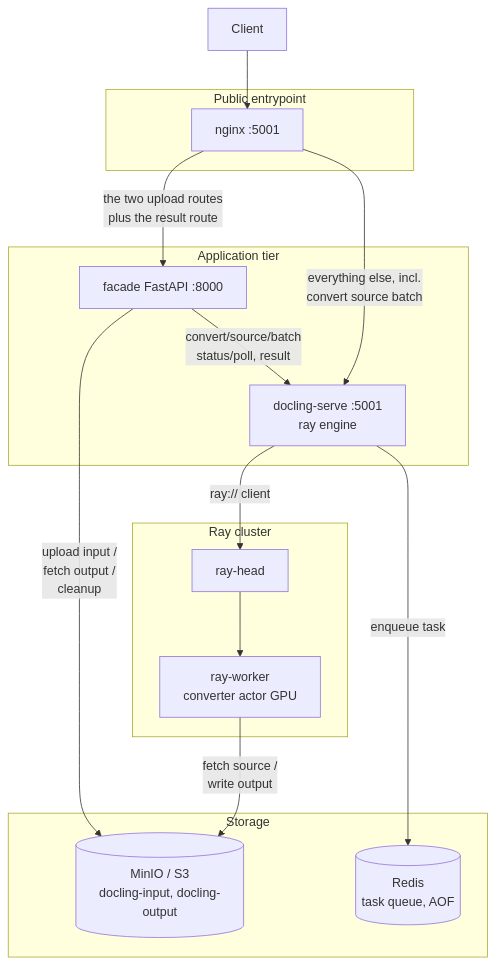
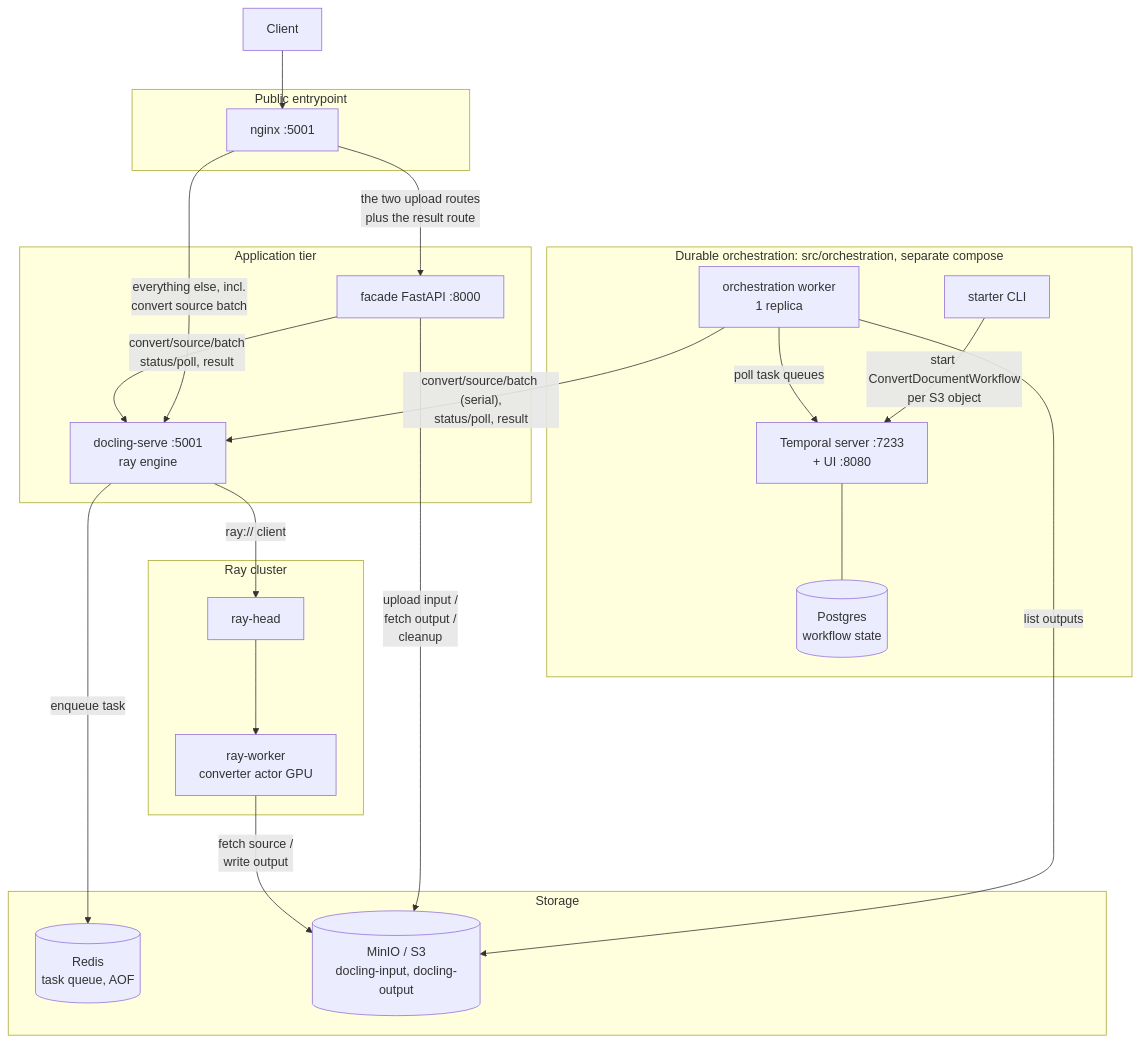
One commit to k-sparrow/docling-serve-ray changed the first of 3 diagrams in docs/ARCHITECTURE.md. Above: the diagram before and after it, drawn with Mermaid. The commit also changed other lines of this file and 31 other files, not shown here.

````diff
--- a/docs/ARCHITECTURE.md
+++ b/docs/ARCHITECTURE.md
@@ -90,35 +90,48 @@
 ```mermaid
 flowchart TB
     client["Client"]
 
     subgraph edge[Public entrypoint]
         nginx["nginx :5001"]
     end
 
     subgraph app[Application tier]
         facade["facade FastAPI :8000"]
         docling["docling-serve :5001<br/>ray engine"]
     end
 
     subgraph cluster[Ray cluster]
         rayhead["ray-head"]
         rayworker["ray-worker<br/>converter actor GPU"]
     end
 
     subgraph storage[Storage]
         redis[("Redis<br/>task queue, AOF")]
         minio[("MinIO / S3<br/>docling-input, docling-output")]
     end
 
+    subgraph orch[Durable orchestration: src/orchestration, separate compose]
+        starter["starter CLI"]
+        temporal["Temporal server :7233<br/>+ UI :8080"]
+        pg[("Postgres<br/>workflow state")]
+        worker["orchestration worker<br/>1 replica"]
+    end
+
+    starter -- "start ConvertDocumentWorkflow<br/>per S3 object" --> temporal
+    temporal --- pg
+    worker -- "poll task queues" --> temporal
+    worker -- "convert/source/batch (serial),<br/>status/poll, result" --> docling
+    worker -- "list outputs" --> minio
+
     client --> nginx
     nginx -- "the two upload routes<br/>plus the result route" --> facade
     nginx -- "everything else, incl.<br/>convert source batch" --> docling
 
     facade -- "upload input /<br/>fetch output /<br/>cleanup" --> minio
     facade -- "convert/source/batch<br/>status/poll, result" --> docling
 
     docling -- "ray:// client" --> rayhead
     rayhead --> rayworker
     docling -- "enqueue task" --> redis
     rayworker -- "fetch source /<br/>write output" --> minio
 ```
````
